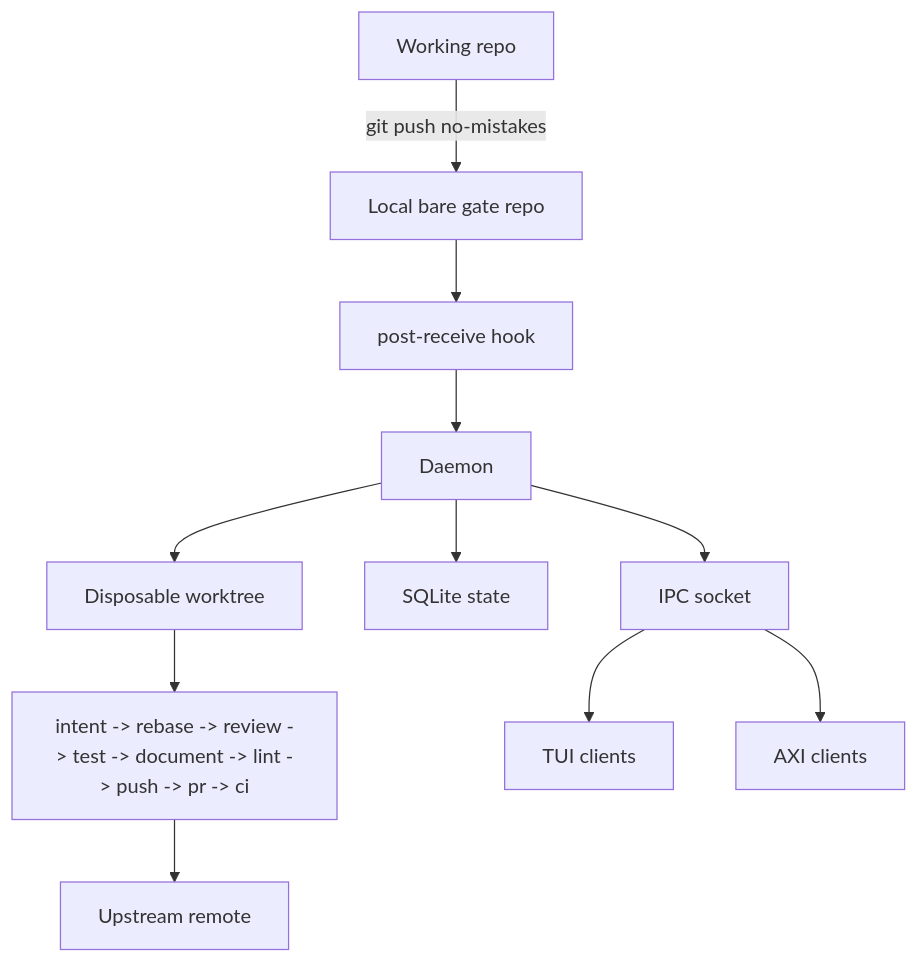
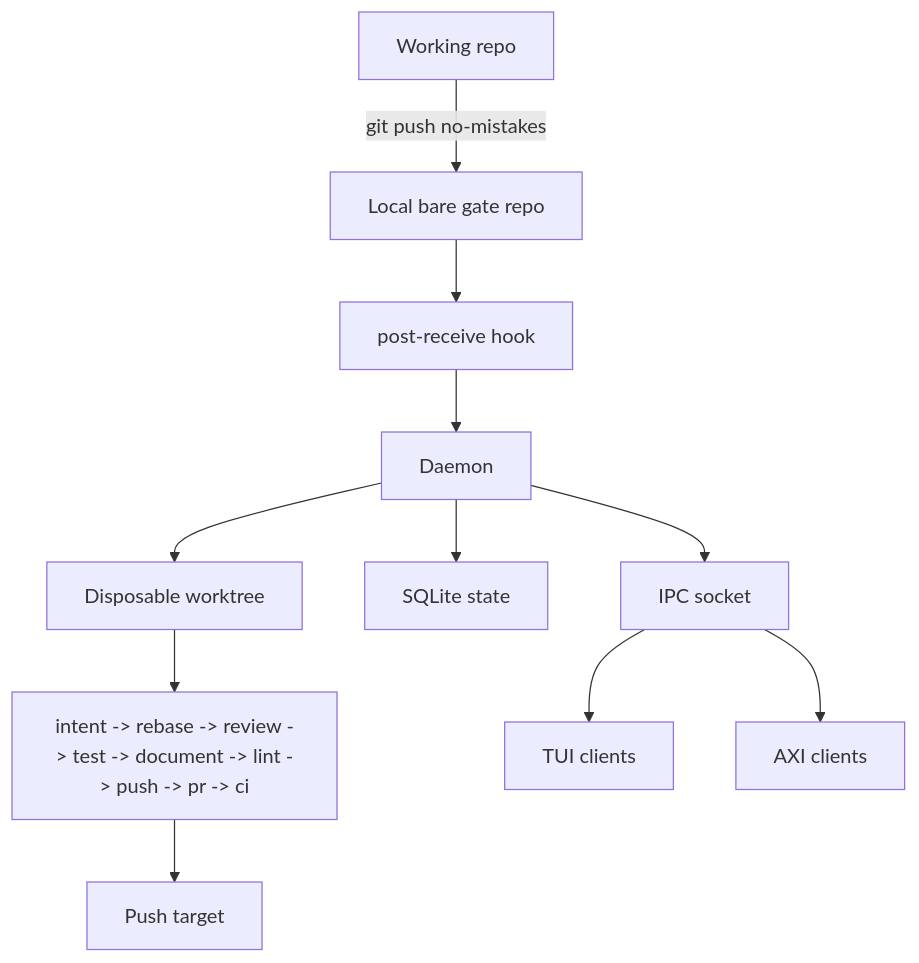
The diagram in docs/src/content/docs/concepts/gate-model.md (kunchenguid/no-mistakes), drawn with Mermaid before and after one commit. The commit also changed other lines of this file and 22 other files, not shown here.

````diff
--- a/docs/src/content/docs/concepts/gate-model.md
+++ b/docs/src/content/docs/concepts/gate-model.md
@@ -14,13 +14,13 @@
 ```mermaid
 flowchart TD
   repo["Working repo"] -->|"git push no-mistakes"| gate["Local bare gate repo"]
   gate --> hook["post-receive hook"]
   hook --> daemon["Daemon"]
   daemon --> worktree["Disposable worktree"]
   worktree --> pipeline["intent -> rebase -> review -> test -> document -> lint -> push -> pr -> ci"]
-  pipeline --> upstream["Upstream remote"]
+  pipeline --> target["Push target"]
   daemon --> db["SQLite state"]
   daemon --> ipc["IPC socket"]
   ipc --> tui["TUI clients"]
   ipc --> axi["AXI clients"]
 ```
````
